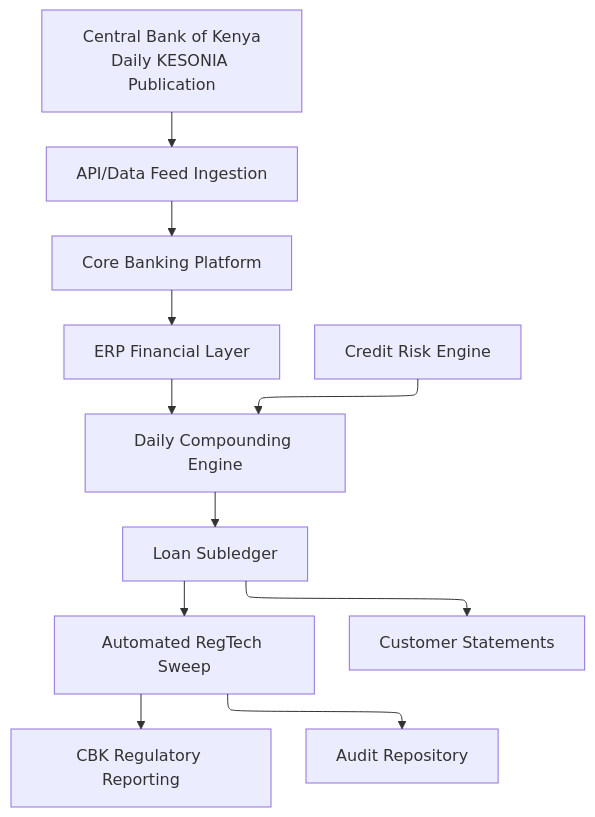
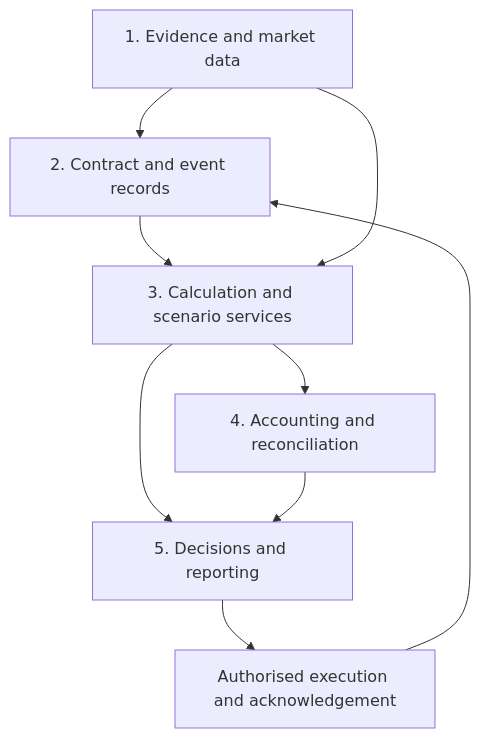
The diagram in docs/research/kesonia/Part1_KESONIA_Reform_and_Enterprise_Architecture.md (TheAlchemistNerd/regtech-kesonia-treasury), drawn with Mermaid before and after one commit. The commit also changed other lines of this file and 46 other files, not shown here.

````diff
--- a/docs/research/kesonia/Part1_KESONIA_Reform_and_Enterprise_Architecture.md
+++ b/docs/research/kesonia/Part1_KESONIA_Reform_and_Enterprise_Architecture.md
@@ -161,14 +73,11 @@
 ```mermaid
-%%{init: {"flowchart": {"defaultRenderer": "elk"}, "themeVariables": {"fontSize": "16px", "fontFamily": "arial"}} }%%
 flowchart TD
-    A[Central Bank of Kenya<br/>Daily KESONIA Publication] --> B[API/Data Feed Ingestion]
-    B --> C[Core Banking Platform]
-    C --> D[ERP Financial Layer]
-    D --> E[Daily Compounding Engine]
-    F[Credit Risk Engine] --> E
-    E --> G[Loan Subledger]
-    G --> H[Automated RegTech Sweep]
-    H --> I[CBK Regulatory Reporting]
-    G --> J[Customer Statements]
-    H --> K[Audit Repository]
+    A[1. Evidence and market data] --> B[2. Contract and event records]
+    B --> C[3. Calculation and scenario services]
+    A --> C
+    C --> D[4. Accounting and reconciliation]
+    C --> E[5. Decisions and reporting]
+    D --> E
+    E --> F[Authorised execution and acknowledgement]
+    F --> B
 ```
````
